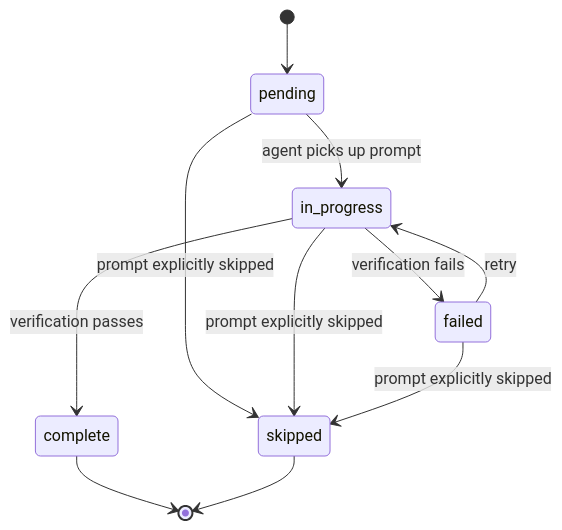
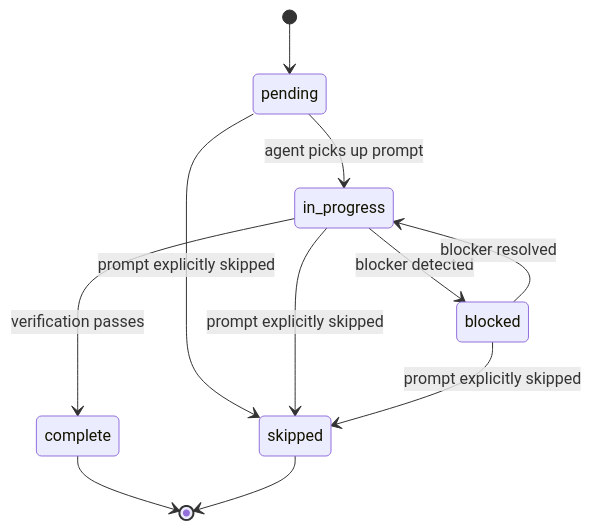
Before and after one commit to daurmax/WorkpackManager: the second of 3 diagrams in workpacks/AGENT_STATE_MACHINE.md, drawn with Mermaid. The commit also changed other lines of this file and 1 other file, not shown here.

First line of the commit message:
fix(protocol): align state machine diagrams with schema and spec

````diff
--- a/workpacks/AGENT_STATE_MACHINE.md
+++ b/workpacks/AGENT_STATE_MACHINE.md
@@ -21,13 +24,13 @@
 ```mermaid
 stateDiagram-v2
     [*] --> pending
     pending --> in_progress: agent picks up prompt
     pending --> skipped: prompt explicitly skipped
     in_progress --> complete: verification passes
-    in_progress --> failed: verification fails
+    in_progress --> blocked: blocker detected
     in_progress --> skipped: prompt explicitly skipped
-    failed --> in_progress: retry
-    failed --> skipped: prompt explicitly skipped
+    blocked --> in_progress: blocker resolved
+    blocked --> skipped: prompt explicitly skipped
     complete --> [*]
     skipped --> [*]
 ```
````
